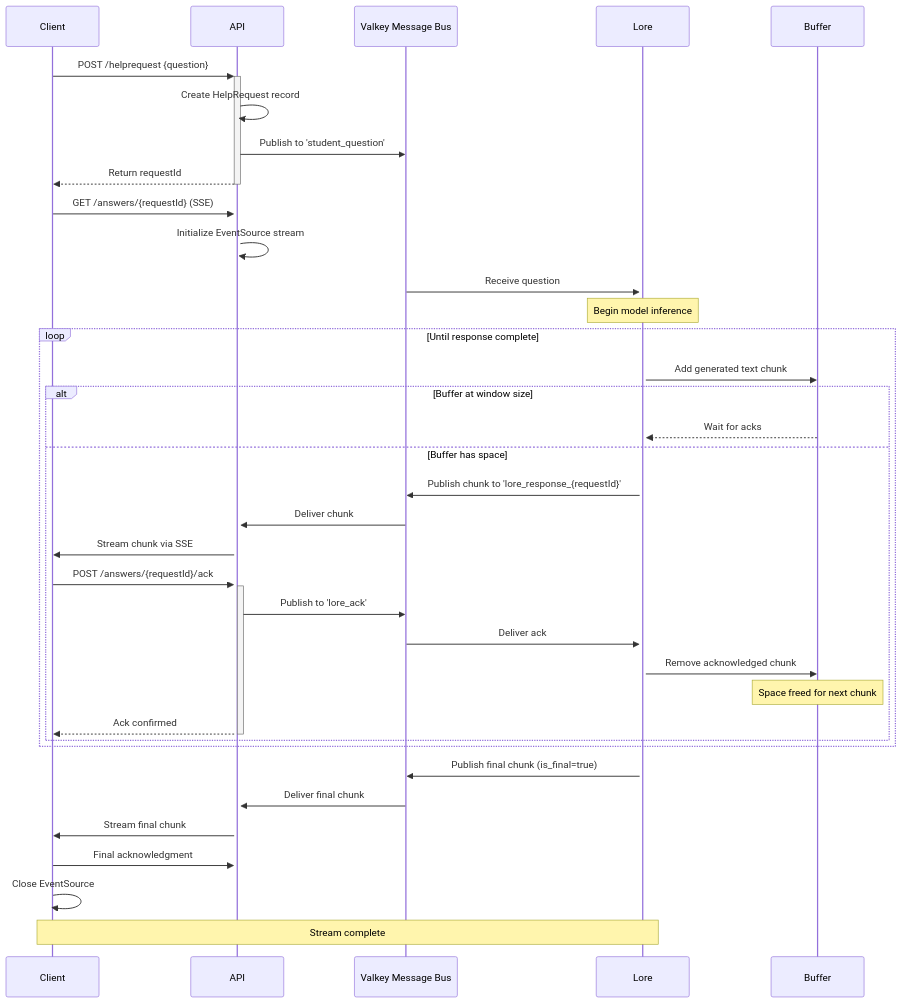
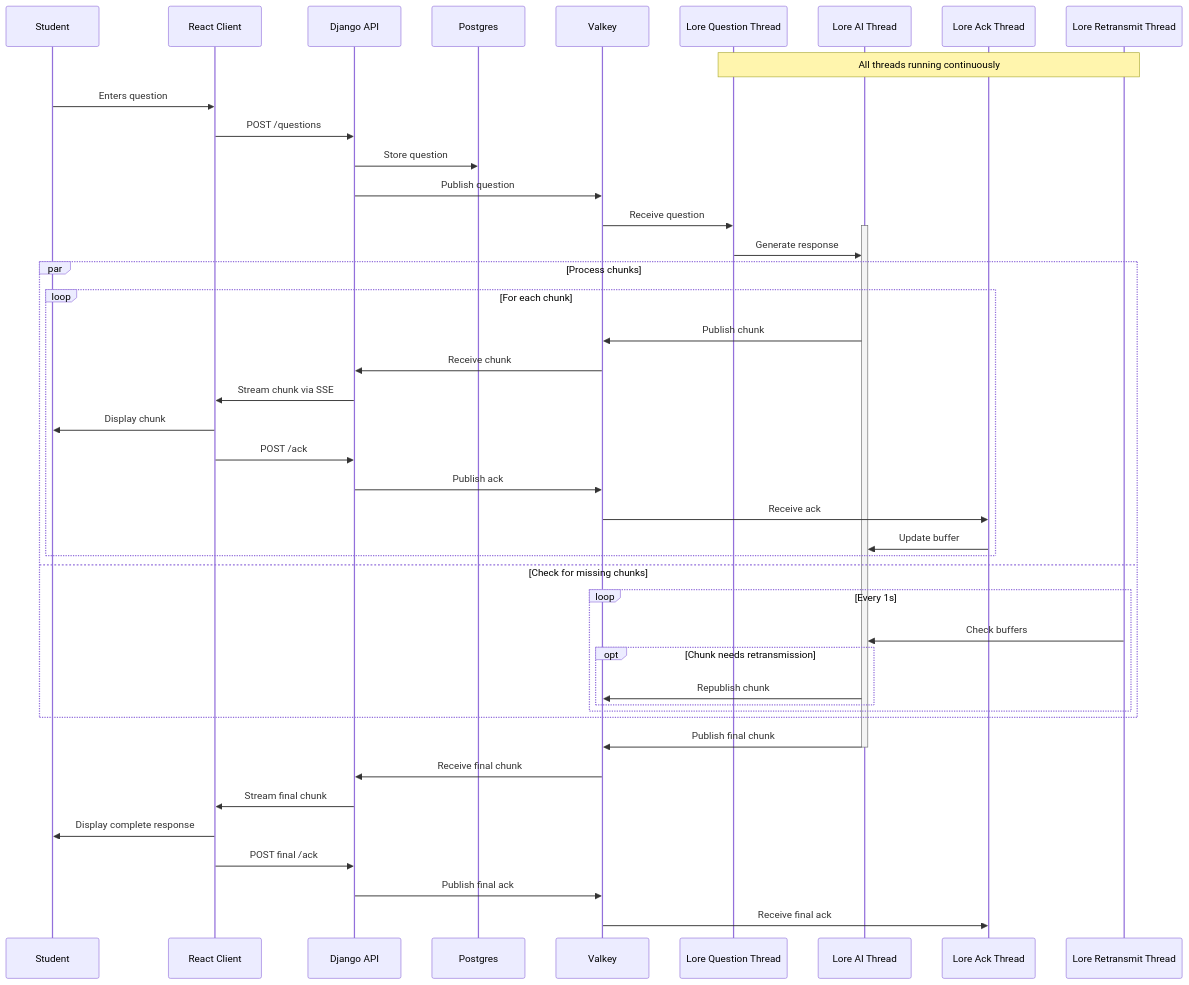
Before and after one commit to stevebrownlee/service-lore: the diagram in README.md, drawn with Mermaid. The commit also changed other lines of this file, not shown here.

````diff
--- a/README.md
+++ b/README.md
@@ -31,45 +61,53 @@
 ```mermaid
 sequenceDiagram
-    participant Client
-    participant API
-    participant Valkey as Valkey Message Bus
-    participant Lore
-    participant Buffer
+    participant Student
+    participant React Client
+    participant Django API
+    participant Postgres
+    participant Valkey
+    participant Lore Question Thread
+    participant Lore AI Thread
+    participant Lore Ack Thread
+    participant Lore Retransmit Thread
 
-    Client->>+API: POST /helprequest {question}
-    API->>API: Create HelpRequest record
-    API->>Valkey: Publish to 'student_question'
-    API-->>-Client: Return requestId
+    Note over Lore Question Thread,Lore Retransmit Thread: All threads running continuously
 
-    Client->>+API: GET /answers/{requestId} (SSE)
-    API->>API: Initialize EventSource stream
+    Student->>React Client: Enters question
+    React Client->>Django API: POST /questions
+    Django API->>Postgres: Store question
+    Django API->>Valkey: Publish question
 
-    Valkey->>+Lore: Receive question
-    Note over Lore: Begin model inference
+    Valkey->>Lore Question Thread: Receive question
 
-    loop Until response complete
-        Lore->>Buffer: Add generated text chunk
-        alt Buffer at window size
-            Buffer-->>Lore: Wait for acks
-        else Buffer has space
-            Lore->>Valkey: Publish chunk to 'lore_response_{requestId}'
-            Valkey->>API: Deliver chunk
-            API->>Client: Stream chunk via SSE
+    activate Lore AI Thread
+    Lore Question Thread->>Lore AI Thread: Generate response
 
-            Client->>+API: POST /answers/{requestId}/ack
-            API->>Valkey: Publish to 'lore_ack'
-            Valkey->>Lore: Deliver ack
-            Lore->>Buffer: Remove acknowledged chunk
-            Note over Buffer: Space freed for next chunk
-            API-->>-Client: Ack confirmed
+    par Process chunks
+        loop For each chunk
+            Lore AI Thread->>Valkey: Publish chunk
+            Valkey->>Django API: Receive chunk
+            Django API->>React Client: Stream chunk via SSE
+            React Client->>Student: Display chunk
+            React Client->>Django API: POST /ack
+            Django API->>Valkey: Publish ack
+            Valkey->>Lore Ack Thread: Receive ack
+            Lore Ack Thread->>Lore AI Thread: Update buffer
+        end
+    and Check for missing chunks
+        loop Every 1s
+            Lore Retransmit Thread->>Lore AI Thread: Check buffers
+            opt Chunk needs retransmission
+                Lore AI Thread->>Valkey: Republish chunk
+            end
         end
     end
 
-    Lore->>Valkey: Publish final chunk (is_final=true)
-    Valkey->>API: Deliver final chunk
-    API->>Client: Stream final chunk
-    Client->>API: Final acknowledgment
-    Client->>Client: Close EventSource
-
-    Note over Client,Lore: Stream complete
+    Lore AI Thread->>Valkey: Publish final chunk
+    deactivate Lore AI Thread
+    Valkey->>Django API: Receive final chunk
+    Django API->>React Client: Stream final chunk
+    React Client->>Student: Display complete response
+    React Client->>Django API: POST final /ack
+    Django API->>Valkey: Publish final ack
+    Valkey->>Lore Ack Thread: Receive final ack
 ```
````
